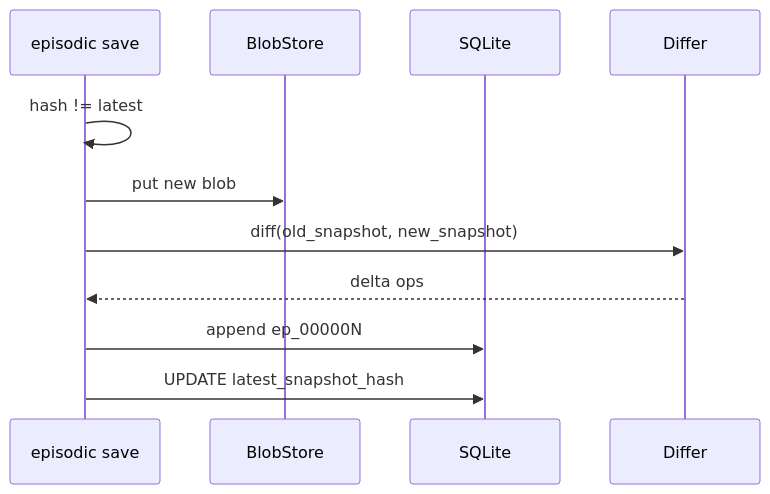
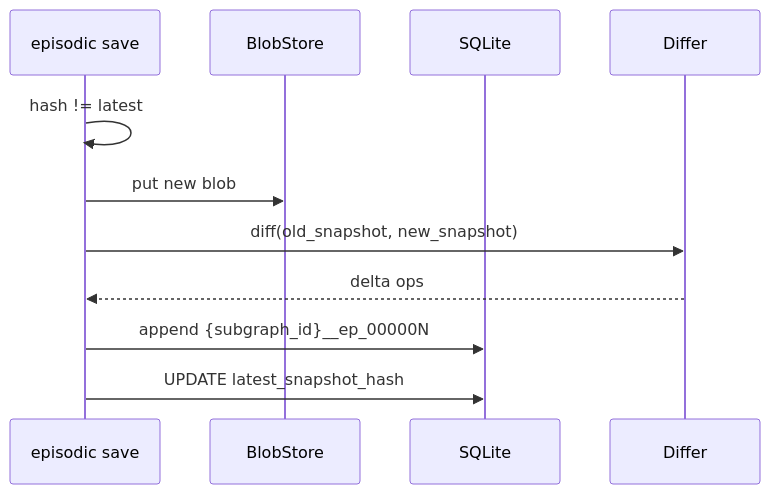
The third of 3 diagrams in .agent-resources/prds/2026-07-06-single-subgraph-save.md (pranav-bot/episodic-engine), drawn with Mermaid before and after one commit. The commit also changed other lines of this file and 9 other files, not shown here.

````diff
--- a/.agent-resources/prds/2026-07-06-single-subgraph-save.md
+++ b/.agent-resources/prds/2026-07-06-single-subgraph-save.md
@@ -194,14 +195,14 @@
 ```mermaid
 sequenceDiagram
     participant CLI as episodic save
     participant B as BlobStore
     participant DB as SQLite
     participant D as Differ
 
     CLI->>CLI: hash != latest
     CLI->>B: put new blob
     CLI->>D: diff(old_snapshot, new_snapshot)
     D-->>CLI: delta ops
-    CLI->>DB: append ep_00000N
+    CLI->>DB: append {subgraph_id}__ep_00000N
     CLI->>DB: UPDATE latest_snapshot_hash
 ```
````
